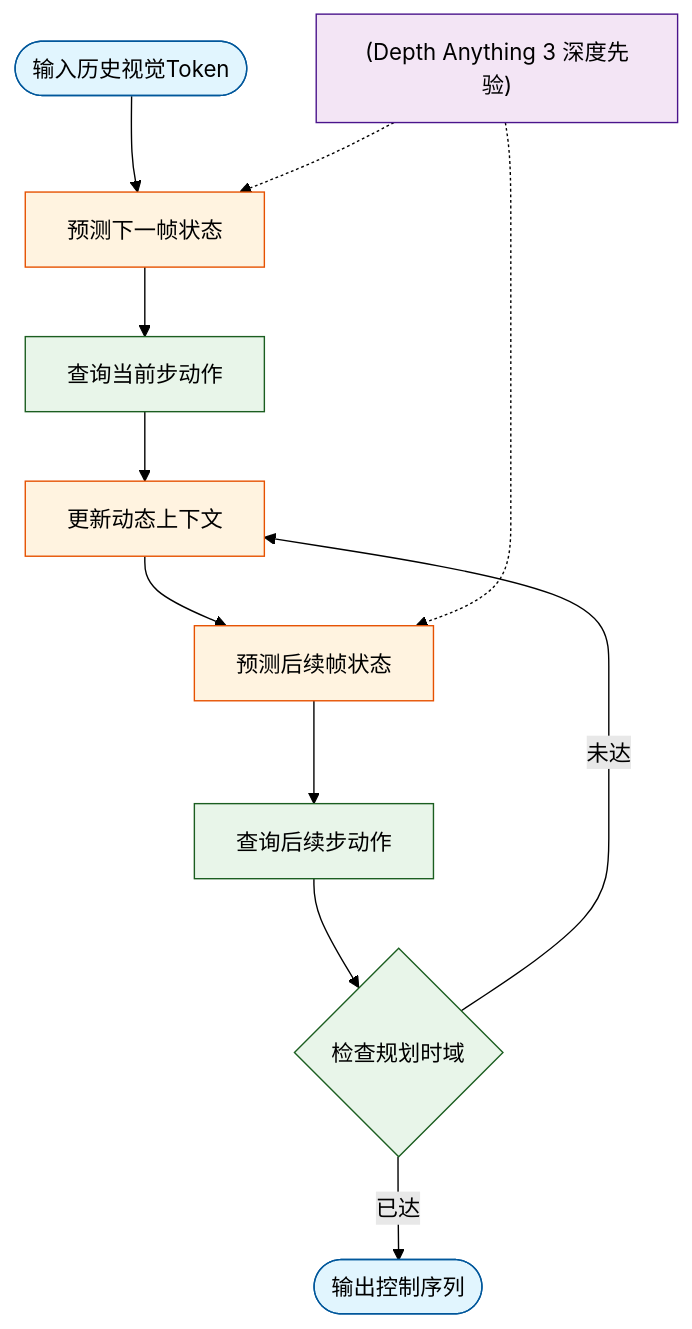
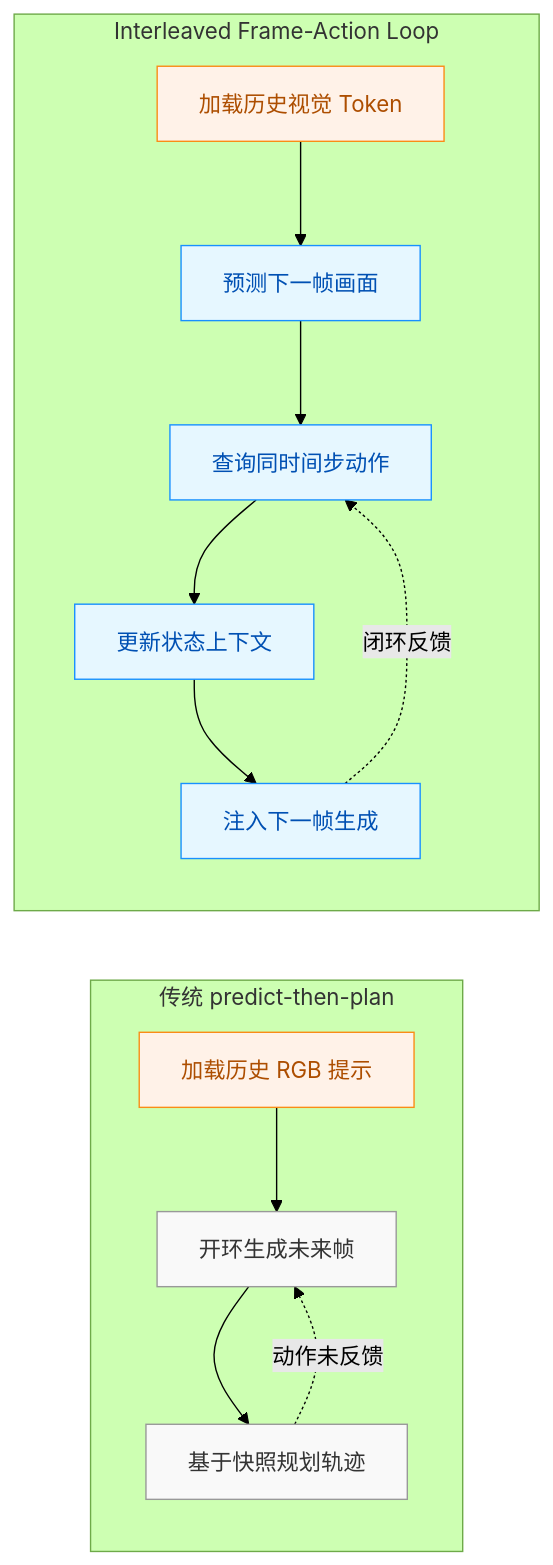
The first of 10 diagrams in person_vault/2026-06-13_UniWorldVLAInterleavedWorldModelingAndPlanningForAD_2603.27287/report.md (ShinewineW/paper-rolling), drawn with Mermaid (forest theme) before and after one commit. The commit also changed other lines of this file and 5 other files, not shown here.

````diff
--- a/person_vault/2026-06-13_UniWorldVLAInterleavedWorldModelingAndPlanningForAD_2603.27287/report.md
+++ b/person_vault/2026-06-13_UniWorldVLAInterleavedWorldModelingAndPlanningForAD_2603.27287/report.md
@@ -42,19 +49,26 @@
 ```mermaid
-flowchart TD
-    classDef start fill:#e1f5fe,stroke:#01579b,color:#000;
-    classDef proc fill:#fff3e0,stroke:#e65100,color:#000;
-    classDef dec fill:#e8f5e9,stroke:#1b5e20,color:#000;
-    classDef data fill:#f3e5f5,stroke:#4a148c,color:#000;
+flowchart LR
+    classDef old fill:#f9f9f9,stroke:#999,color:#333;
+    classDef new fill:#e6f7ff,stroke:#1890ff,color:#0050b3;
+    classDef data fill:#fff2e8,stroke:#fa8c16,color:#ad4e00;
 
-    hist_tokens(["输入历史视觉Token"]):::start --> predict_frame["预测下一帧状态"]:::proc
-    predict_frame --> query_action["查询当前步动作"]:::dec
-    query_action --> update_ctx["更新动态上下文"]:::proc
-    update_ctx --> predict_next["预测后续帧状态"]:::proc
-    predict_next --> query_next["查询后续步动作"]:::dec
-    query_next --> check_horizon{检查规划时域}:::dec
-    check_horizon -- 未达 --> update_ctx
-    check_horizon -- 已达 --> output_plan(["输出控制序列"]):::start
+    subgraph 传统顺序范式 ["传统 predict-then-plan"]
+        direction TB
+        hist_rgb["加载历史 RGB 提示"] --> gen_future["开环生成未来帧"]
+        gen_future --> plan_traj["基于快照规划轨迹"]
+        plan_traj -. 动作未反馈 .-> gen_future
+    end
 
-    depth_prior["(Depth Anything 3 深度先验)"]:::data -.-> predict_frame
-    depth_prior -.-> predict_next
+    subgraph 本文交替范式 ["Interleaved Frame-Action Loop"]
+        direction TB
+        h_tokens["加载历史视觉 Token"] --> pred_frame["预测下一帧画面"]
+        pred_frame --> qry_action["查询同时间步动作"]
+        qry_action --> update_ctx["更新状态上下文"]
+        update_ctx --> pred_next["注入下一帧生成"]
+        pred_next -. 闭环反馈 .-> qry_action
+    end
+
+    class hist_rgb,gen_future,plan_traj old;
+    class h_tokens,pred_frame,qry_action,update_ctx,pred_next new;
+    class hist_rgb,h_tokens data;
 ```
````
